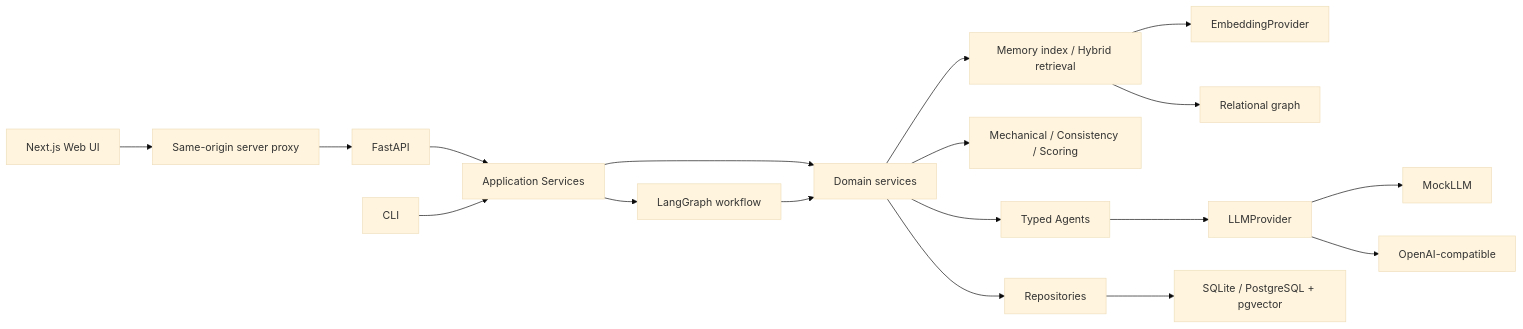
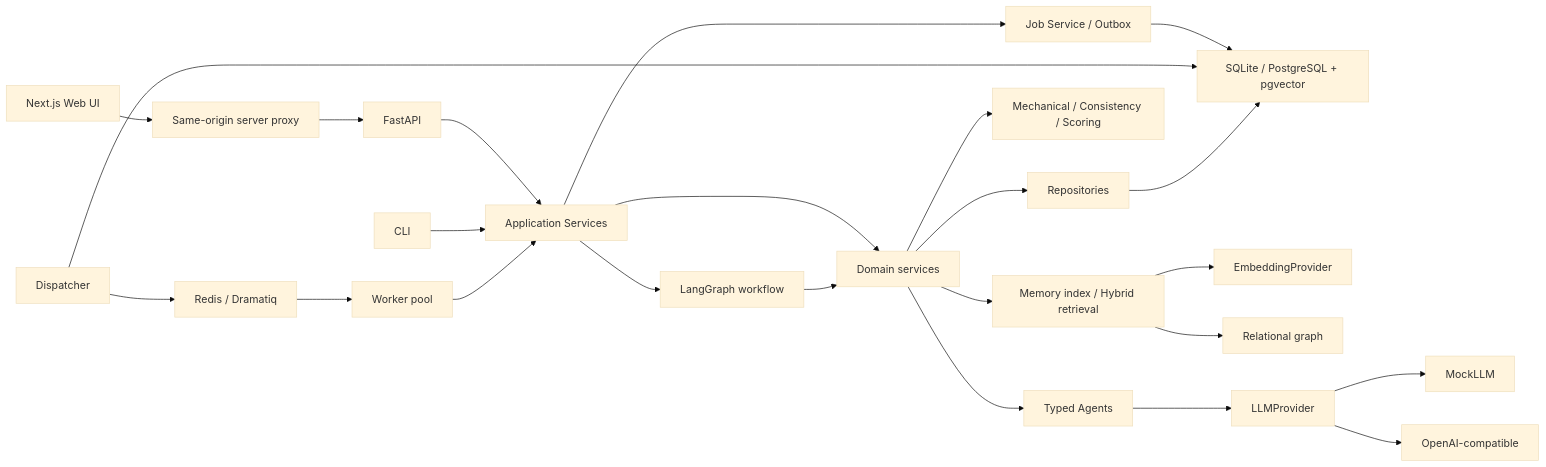
The diagram in README.md (JiaoZiQ/StoryForge), drawn with Mermaid (base theme) before and after one commit. The commit also changed other lines of this file and 87 other files, not shown here.

````diff
--- a/README.md
+++ b/README.md
@@ -82,20 +116,26 @@
 ```mermaid
 flowchart LR
     API["FastAPI"] --> APP["Application Services"]
     WEB["Next.js Web UI"] --> PROXY["Same-origin server proxy"]
     PROXY --> API
     CLI["CLI"] --> APP
+    APP --> JOB["Job Service / Outbox"]
+    DISP["Dispatcher"] --> REDIS["Redis / Dramatiq"]
+    REDIS --> WORKER["Worker pool"]
+    WORKER --> APP
+    JOB --> DB
+    DISP --> DB
     APP --> FLOW["LangGraph workflow"]
     APP --> DOMAIN["Domain services"]
     FLOW --> DOMAIN
     DOMAIN --> AGENTS["Typed Agents"]
     DOMAIN --> EVAL["Mechanical / Consistency / Scoring"]
     DOMAIN --> REPO["Repositories"]
     DOMAIN --> MEMORY["Memory index / Hybrid retrieval"]
     MEMORY --> EMBED["EmbeddingProvider"]
     MEMORY --> GRAPH["Relational graph"]
     AGENTS --> LLM["LLMProvider"]
     LLM --> MOCK["MockLLM"]
     LLM --> OPENAI["OpenAI-compatible"]
     REPO --> DB["SQLite / PostgreSQL + pgvector"]
 ```
````
